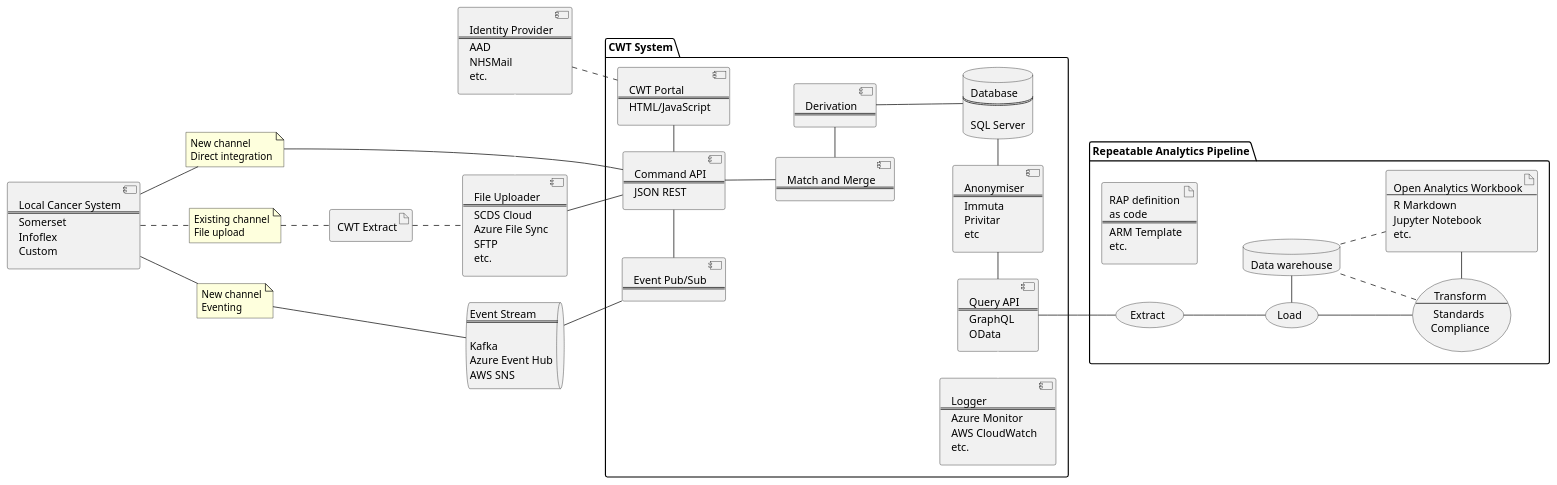
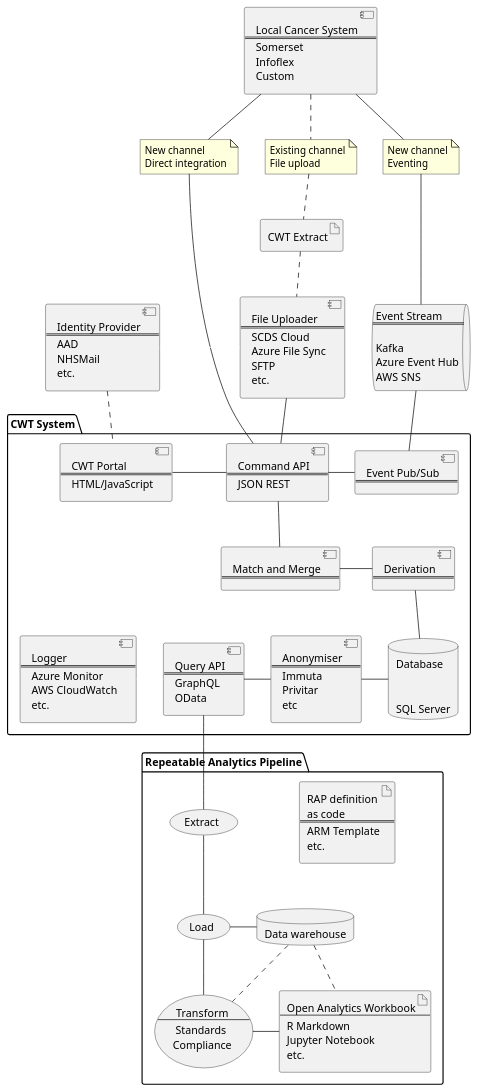
One commit to nhsx/dt-public changed the diagram in CWT/ToBe/component-model.puml. Above: the diagram before and after it, drawn with PlantUML. The commit also changed 3 other files, not shown here.

Commit message:
Update file(s) "/." from "nhsx/dt-architecture"

```diff
--- a/CWT/ToBe/component-model.puml
+++ b/CWT/ToBe/component-model.puml
@@ -1,172 +1,172 @@
 @startuml cwt-tobe-component-model
 
-left to right direction
+'left to right direction
 
 queue es [
   Event Stream
   ===
   
   Kafka
   Azure Event Hub
   AWS SNS
 ]
 
 package "CWT System" {
 
 component cwt [
   CWT Portal
   ===
   HTML/JavaScript
 ]
 
 component cmd [
   Command API
   ===
   JSON REST
 ]
 component qry [
   Query API
   ===
   GraphQL
   OData
 ]
 component ano [
   Anonymiser
   ===
   Immuta
   Privitar
   etc
 ]
 component log [
   Logger
   ===
   Azure Monitor
   AWS CloudWatch
   etc.
 ]
 database db [
   Database
-  ===
+  === 
 
   SQL Server
 ]
 
 component mm [
   Match and Merge
   ===
 ]
 
 component ds [
   Derivation
   ===
 ]
 
 component eps [
   Event Pub/Sub
   ===
 ]
 
 }
 
 package "Repeatable Analytics Pipeline" {
 
   artifact dfn [
     RAP definition
     as code
     ===
     ARM Template
     etc.
   ] 
   usecase "Extract" as ext
   usecase "Load" as ld
   database "Data warehouse" as dw
   usecase trn [
     Transform
     ---
     Standards 
     Compliance
   ]
   artifact wkb [
     Open Analytics Workbook
     ---
     R Markdown
     Jupyter Notebook
     etc.
   ]
 
   ext -- ld
   ld - dw 
   ld -- trn
   dw .. trn
   trn - wkb
   dw .. wkb
 }
 
 component ful [
   File Uploader
   ===
   SCDS Cloud
   Azure File Sync
   SFTP
   etc.
 ]
 
 component lcs [
   Local Cancer System
   ===
   Somerset
   Infoflex
   Custom
 ]
 
 
 component id [
   Identity Provider
   ===
   AAD
   NHSMail
   etc.
 ]
 
 artifact file [
   CWT Extract
 ]
 
 note as n1
   New channel
   Direct integration
 endnote
 
 note as n2
   Existing channel
   File upload
 endnote
 
 note as n3
   New channel
   Eventing
 endnote
 
 id .. cwt
 lcs -- n3
 lcs .. n2
 n3 --- es
 n2 .. file
 lcs -- n1
 n1 --- cmd
 file .. ful
 ful -- cmd
 cwt - cmd
 cmd -- mm
 mm - ds
 ds -- db
 db -left- ano
 ano -left-qry
 cmd -left- eps
 es -- eps
 qry -- ext
 
 ' layout
 log -[#hidden] qry 
 id -[#hidden] ful
 @enduml
```
